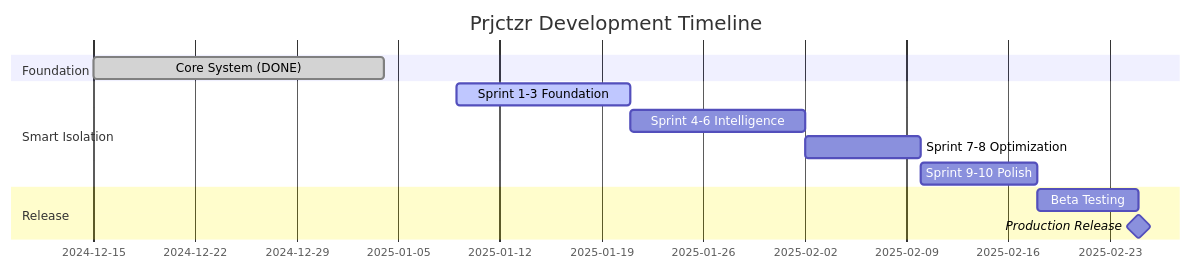
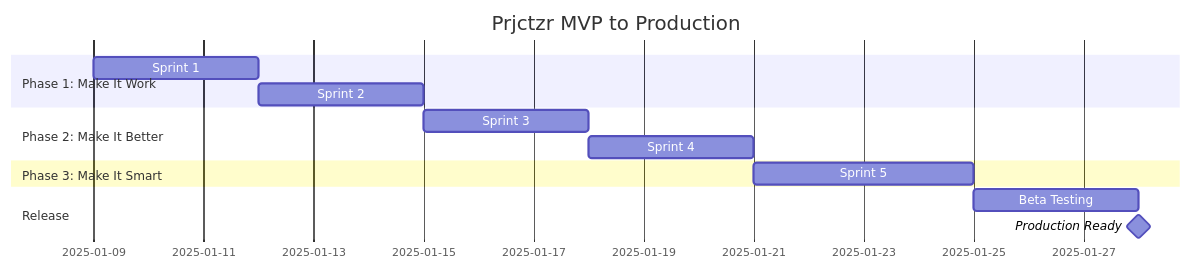
Before and after one commit to PerformanceSuite/Prjctzr: the diagram in ROADMAP.md, drawn with Mermaid. The commit also changed other lines of this file and 3 other files, not shown here.

First line of the commit message:
Major pivot: Simplified roadmap from 10 to 5 sprints, focus on MVP implementation

````diff
--- a/ROADMAP.md
+++ b/ROADMAP.md
@@ -15,15 +15,16 @@
 ```mermaid
 gantt
-    title Prjctzr Development Timeline
+    title Prjctzr MVP to Production
     dateFormat  YYYY-MM-DD
-    section Foundation
-    Core System (DONE)      :done, 2024-12-15, 2025-01-04
-    section Smart Isolation
-    Sprint 1-3 Foundation   :active, 2025-01-09, 12d
-    Sprint 4-6 Intelligence :2025-01-21, 12d
-    Sprint 7-8 Optimization :2025-02-02, 8d
-    Sprint 9-10 Polish      :2025-02-10, 8d
+    section Phase 1: Make It Work
+    Sprint 1: Core Implementation  :active, 2025-01-09, 3d
+    Sprint 2: Basic Intelligence   :2025-01-12, 3d
+    section Phase 2: Make It Better
+    Sprint 3: Enhanced Detection    :2025-01-15, 3d
+    Sprint 4: Polish & Testing      :2025-01-18, 3d
+    section Phase 3: Make It Smart
+    Sprint 5: Advanced Features     :2025-01-21, 4d
     section Release
-    Beta Testing           :2025-02-18, 7d
-    Production Release     :milestone, 2025-02-25, 0d
+    Beta Testing                    :2025-01-25, 3d
+    Production Ready                 :milestone, 2025-01-28, 0d
 ```
````
